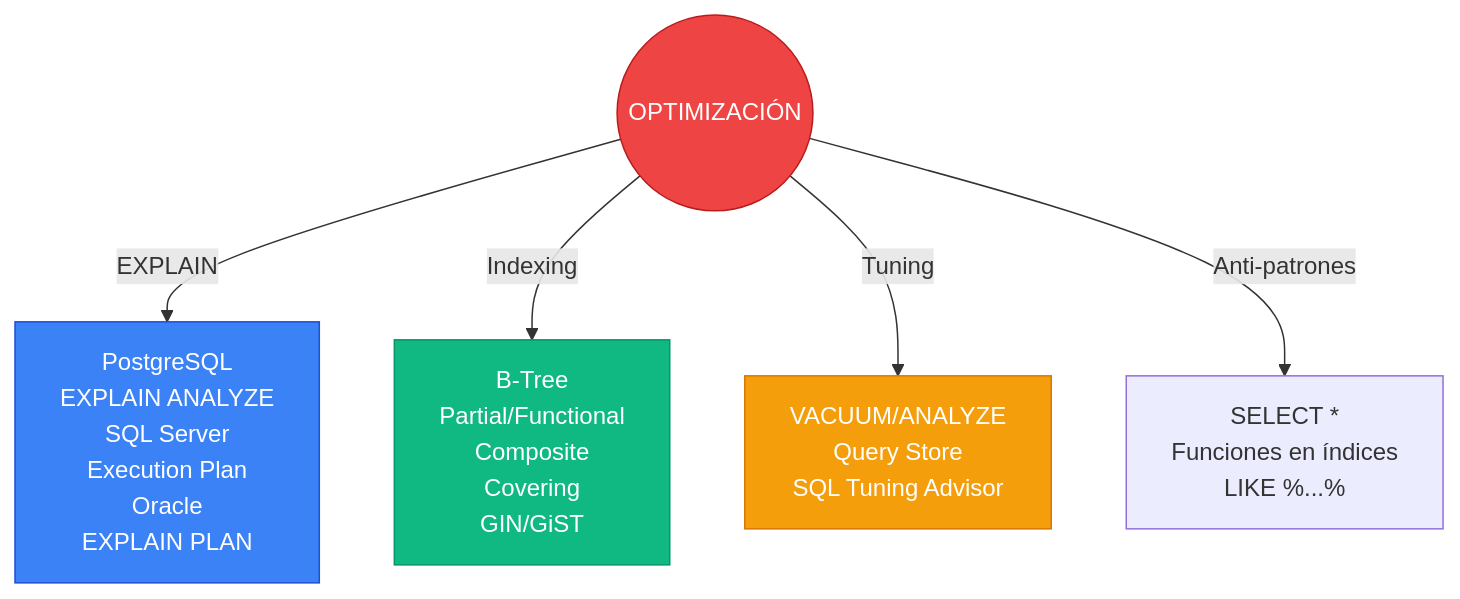
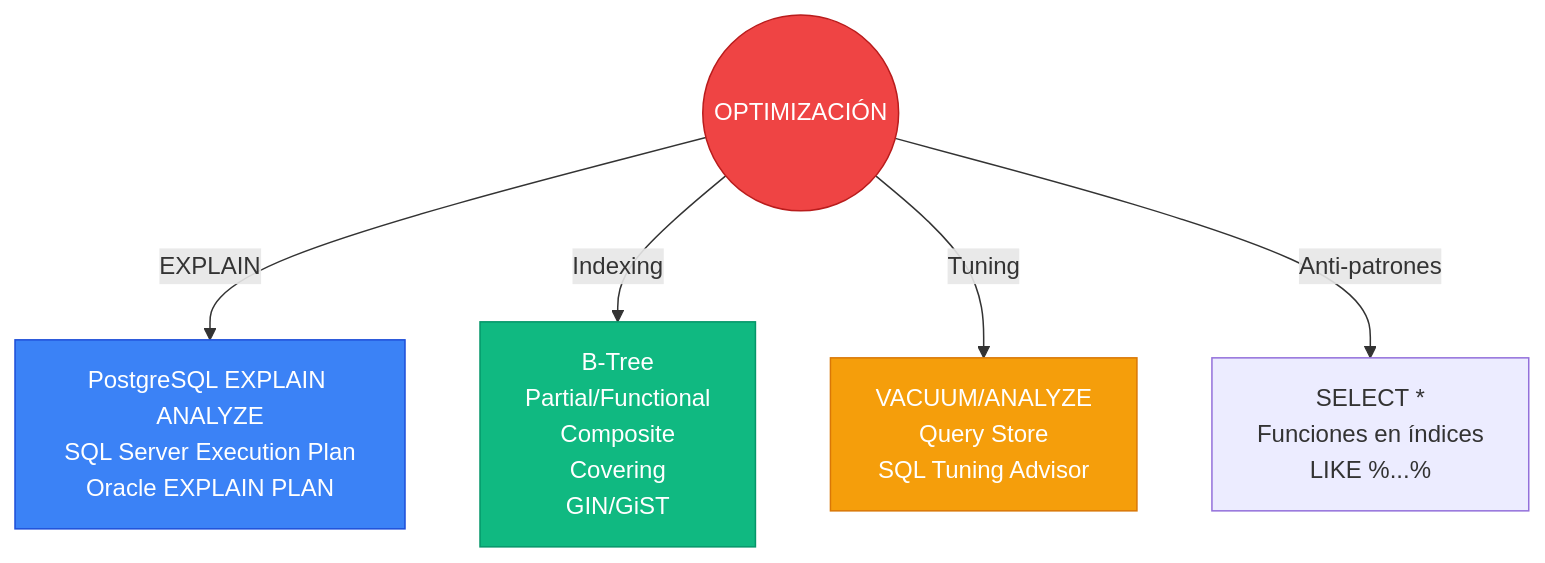
The eighth of 12 diagrams in diagramas.md (rraulherediaa/PracticasEstructurasDatos), drawn with Mermaid before and after one commit. The commit also changed other lines of this file and 1 other file, not shown here.

Commit message:
fix: corregir errores léxicos en diagramas Mermaid y estandarizar sintaxis

````diff
--- a/diagramas.md
+++ b/diagramas.md
@@ -175,14 +163,18 @@
 ```mermaid
 flowchart TD
+    Opt(("OPTIMIZACIÓN"))
+    
+    Opt -->|EXPLAIN| EXP["PostgreSQL EXPLAIN ANALYZE<br/>SQL Server Execution Plan<br/>Oracle EXPLAIN PLAN"]
+    Opt -->|Indexing| IDX["B-Tree<br/>Partial/Functional<br/>Composite<br/>Covering<br/>GIN/GiST"]
+    Opt -->|Tuning| TUN["VACUUM/ANALYZE<br/>Query Store<br/>SQL Tuning Advisor"]
+    Opt -->|Anti-patrones| ANTI["SELECT *<br/>Funciones en índices<br/>LIKE %...%"]
+
     classDef core fill:#ef4444,color:#fff,stroke:#b91c1c
     classDef explain fill:#3b82f6,color:#fff,stroke:#1d4ed8
     classDef index fill:#10b981,color:#fff,stroke:#059669
     classDef tune fill:#f59e0b,color:#fff,stroke:#d97706
-    
-    Opt(("OPTIMIZACIÓN")):::core
-    
-    Opt -->|EXPLAIN| EXP[PostgreSQL<br/>EXPLAIN ANALYZE<br/>SQL Server<br/>Execution Plan<br/>Oracle<br/>EXPLAIN PLAN]:::explain
-    Opt -->|Indexing| IDX[B-Tree<br/>Partial/Functional<br/>Composite<br/>Covering<br/>GIN/GiST]:::index
-    Opt -->|Tuning| TUN[VACUUM/ANALYZE<br/>Query Store<br/>SQL Tuning Advisor]:::tune
-    Opt -->|Anti-patrones| ANTI[SELECT *<br/>Funciones en índices<br/>LIKE %...%]
+    class Opt core
+    class EXP explain
+    class IDX index
+    class TUN tune
 ```
````
